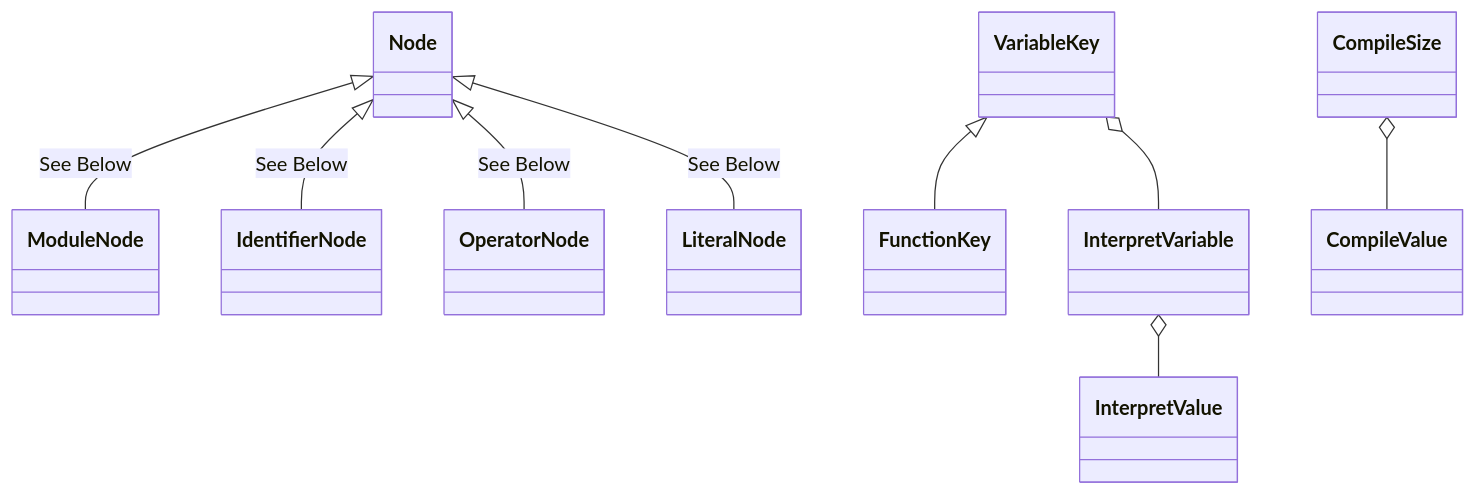
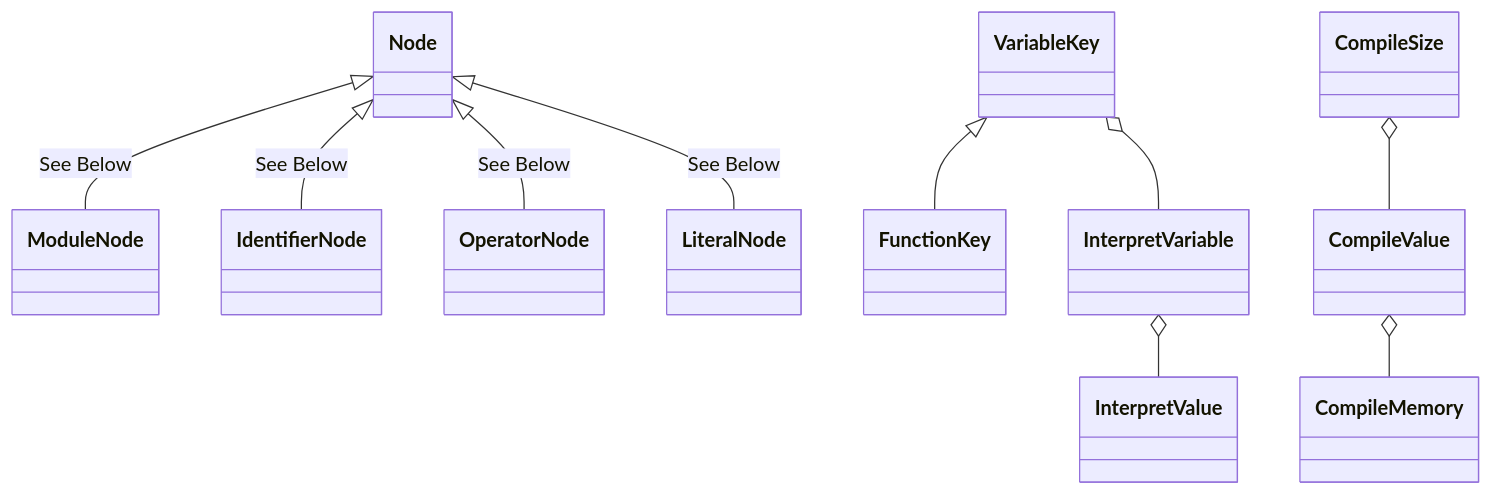
The first of 4 diagrams in README.md (Jzhyang1/Monomer), drawn with Mermaid before and after one commit. The commit also changed other lines of this file, not shown here.

````diff
--- a/README.md
+++ b/README.md
@@ -239,12 +239,12 @@
 ```mermaid
 classDiagram
 Node <|-- ModuleNode: See Below
 Node <|-- IdentifierNode: See Below
 Node <|-- OperatorNode: See Below
 Node <|-- LiteralNode: See Below
 VariableKey <|-- FunctionKey
 VariableKey o-- InterpretVariable
 InterpretVariable o-- InterpretValue
 CompileSize o-- CompileValue
-
+CompileValue o-- CompileMemory
 ```
````
